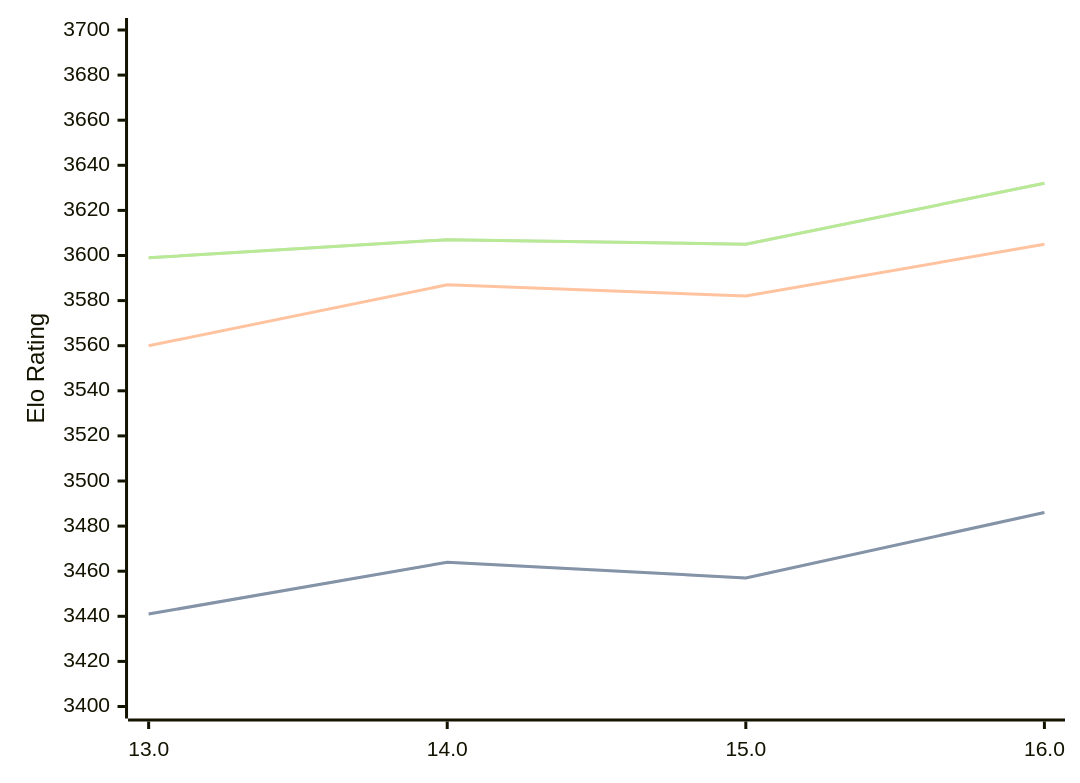
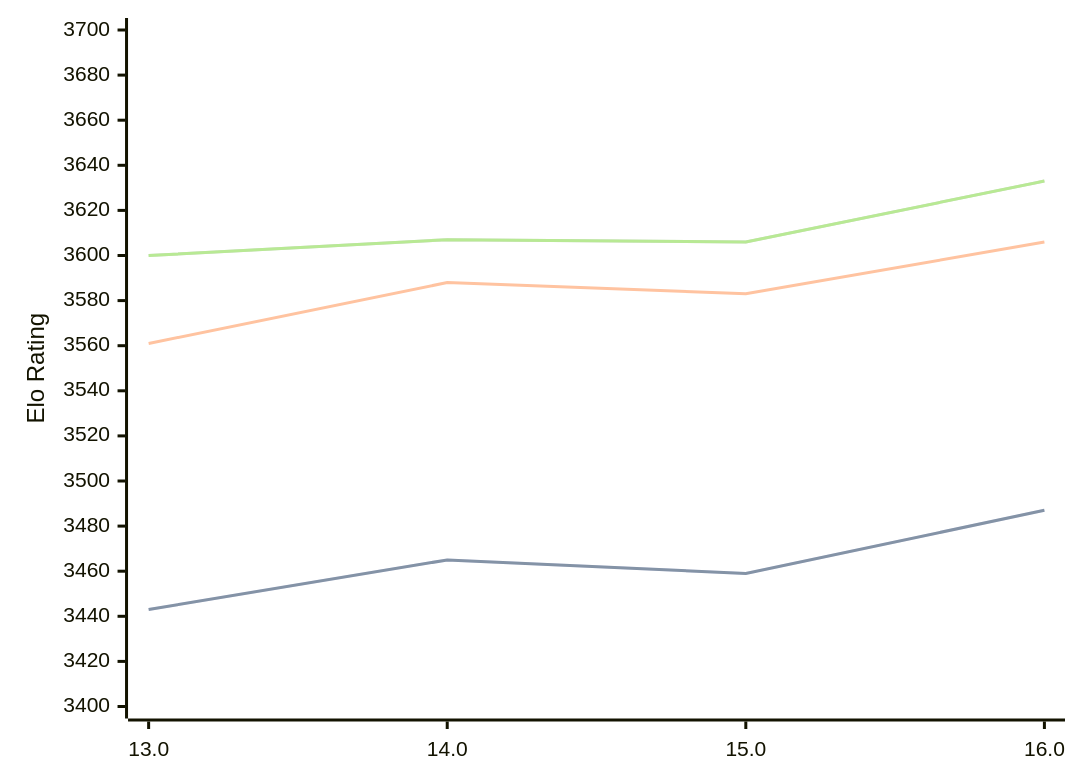
One commit to computer-chess-index/cci changed the diagram in engines/Obsidian.md. Above: the diagram before and after it, drawn with Mermaid. The commit also changed other lines of this file, not shown here.

Commit message:
Update CCI Ratings (ELO VLTC) - 2026-05-16

````diff
--- a/engines/Obsidian.md
+++ b/engines/Obsidian.md
@@ -43,11 +43,11 @@
 ```mermaid
 %%{init: {"theme":"base","themeVariables":{"seriesColors:['#a3a3a3','#222221','#faa371']}}}%%
 xychart-beta
   x-axis ["13.0", "14.0", "15.0", "16.0"]
   y-axis "Elo Rating" 3400 --> 3700
-  line "STC (8.0+0.08s)" [3441, 3464, 3457, 3486]
-  line "STC (8.0+0.08s)" [3441, 3464, 3457, 3486]
-  line "LTC (60.0+0.60s)" [3560, 3587, 3582, 3605]
-  line "VLTC (2m24s+1.12s)" [3599, 3607, 3605, 3632]
-  line "VLTC (2m24s+1.12s)" [3599, 3607, 3605, 3632]
+  line "STC (8.0+0.08s)" [3443, 3465, 3459, 3487]
+  line "STC (8.0+0.08s)" [3443, 3465, 3459, 3487]
+  line "LTC (60.0+0.60s)" [3561, 3588, 3583, 3606]
+  line "VLTC (2m24s+1.12s)" [3600, 3607, 3606, 3633]
+  line "VLTC (2m24s+1.12s)" [3600, 3607, 3606, 3633]
 ```
````
